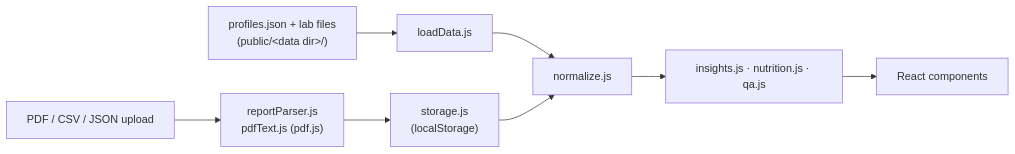
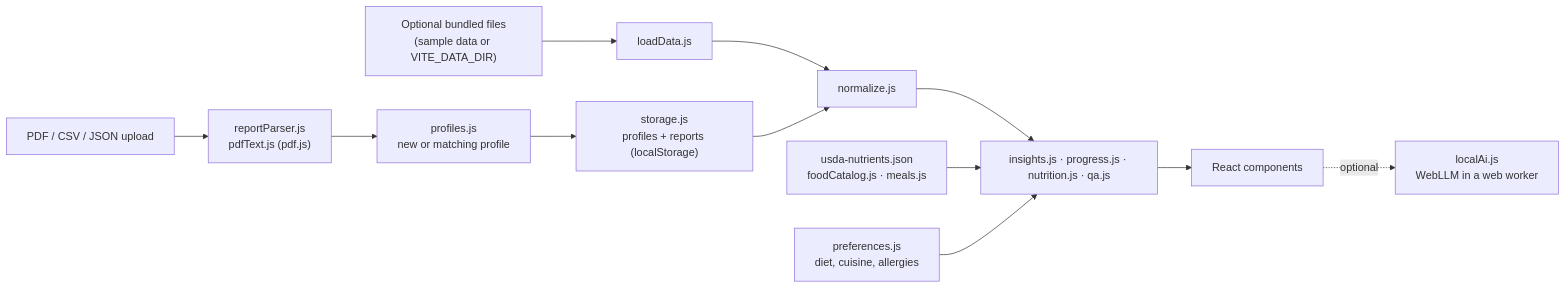
Before and after one commit to GuttulaSuresh/health-insights-dashboard: the diagram in README.md, drawn with Mermaid. The commit also changed other lines of this file and 58 other files, not shown here.

Commit message:
Restore profiles-from-reports and add nutrient-based food suggestions, preferences, 7-day plan and on-device AI

````diff
--- a/README.md
+++ b/README.md
@@ -41,10 +63,14 @@
 ```mermaid
 flowchart LR
-    Files["profiles.json + lab files<br/>(public/&lt;data dir&gt;/)"] --> Loader[loadData.js]
     Upload["PDF / CSV / JSON upload"] --> Parser["reportParser.js<br/>pdfText.js (pdf.js)"]
-    Parser --> Storage["storage.js<br/>(localStorage)"]
+    Parser --> Profiles["profiles.js<br/>new or matching profile"]
+    Profiles --> Storage["storage.js<br/>profiles + reports (localStorage)"]
+    Files["Optional bundled files<br/>(sample data or VITE_DATA_DIR)"] --> Loader[loadData.js]
     Loader --> Normalize[normalize.js]
     Storage --> Normalize
-    Normalize --> Engines["insights.js · nutrition.js · qa.js"]
+    Normalize --> Engines["insights.js · progress.js · nutrition.js · qa.js"]
+    USDA["usda-nutrients.json<br/>foodCatalog.js · meals.js"] --> Engines
+    Prefs["preferences.js<br/>diet, cuisine, allergies"] --> Engines
     Engines --> UI["React components"]
+    UI -. optional .-> AI["localAi.js<br/>WebLLM in a web worker"]
 ```
````
